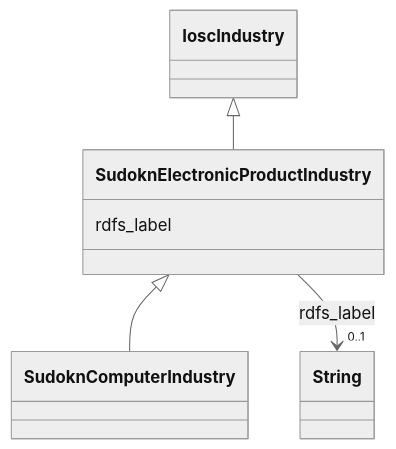
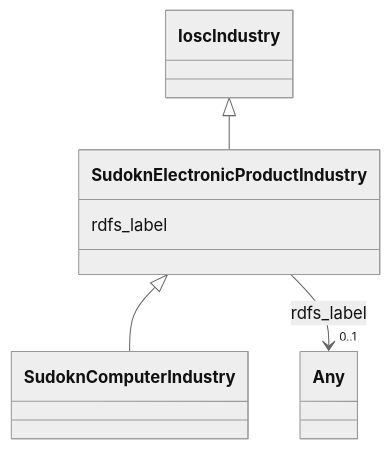
The diagram in sudokn-kg/classes/SudoknElectronicProductIndustry.md (frink-okn/graph-descriptions), drawn with Mermaid (neutral theme) before and after one commit. The commit also changed other lines of this file and 903 other files, not shown here.

````diff
--- a/sudokn-kg/classes/SudoknElectronicProductIndustry.md
+++ b/sudokn-kg/classes/SudoknElectronicProductIndustry.md
@@ -23,23 +18,23 @@
 ```mermaid
  classDiagram
     class SudoknElectronicProductIndustry
     click SudoknElectronicProductIndustry href "../SudoknElectronicProductIndustry"
       IoscIndustry <|-- SudoknElectronicProductIndustry
         click IoscIndustry href "../IoscIndustry"
       
 
       SudoknElectronicProductIndustry <|-- SudoknComputerIndustry
         click SudoknComputerIndustry href "../SudoknComputerIndustry"
       
       
       SudoknElectronicProductIndustry : rdfs_label
         
           
     
     
-    SudoknElectronicProductIndustry --> "0..1" String : rdfs_label
-    click String href "../String"
+    SudoknElectronicProductIndustry --> "0..1" Any : rdfs_label
+    click Any href "../Any"
 
         
       
 ```
````
